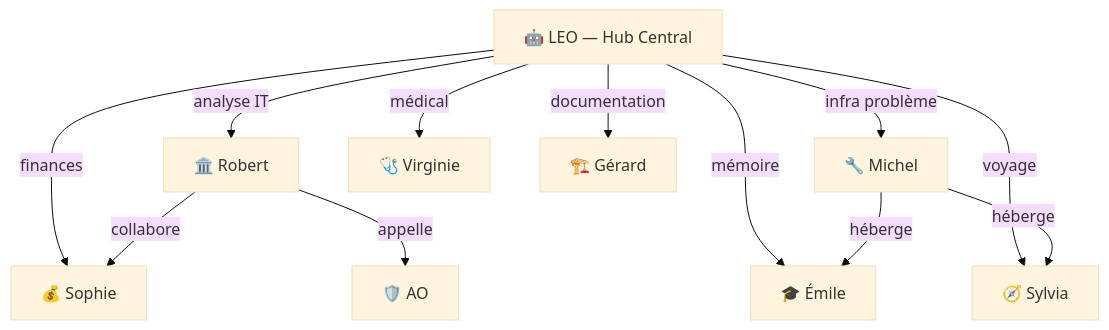
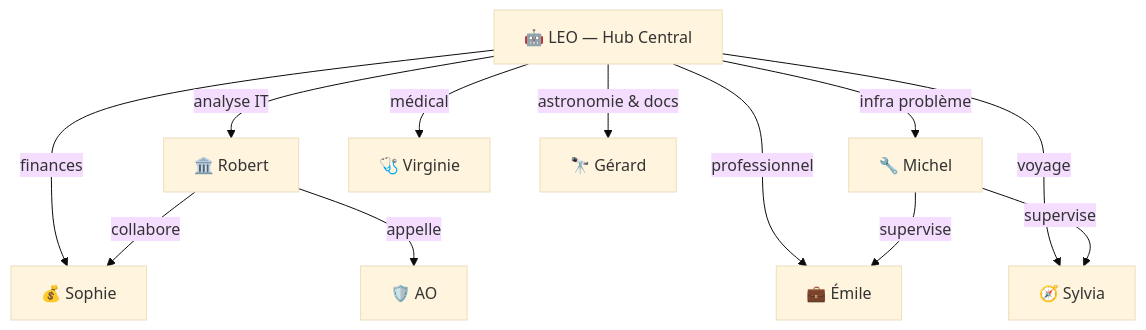
The diagram in docs/hermes/bureaux/ch15-bureau-leo.md (christophedanhier-hash/hermes-wiki), drawn with Mermaid (base theme) before and after one commit. The commit also changed other lines of this file and 29 other files, not shown here.

Commit message:
docs(hermes): correct emile and gerard scopes

````diff
--- a/docs/hermes/bureaux/ch15-bureau-leo.md
+++ b/docs/hermes/bureaux/ch15-bureau-leo.md
@@ -101,15 +103,15 @@
 ```mermaid
 flowchart TD
-    LEO[🤖 LEO — Hub Central] -->|analyse IT| ROBERT[🏛️ Robert]
-    LEO -->|infra problème| MICHEL[🔧 Michel]
-    LEO -->|voyage| SYLVIA[🧭 Sylvia]
-    LEO -->|mémoire| EMILE[🎓 Émile]
-    LEO -->|médical| VIRGINIE[🩺 Virginie]
-    LEO -->|documentation| GERARD[🏗️ Gérard]
-    LEO -->|finances| SOPHIE[💰 Sophie]
+    LEO["🤖 LEO — Hub Central"] -->|"analyse IT"| ROBERT["🏛️ Robert"]
+    LEO -->|"infra problème"| MICHEL["🔧 Michel"]
+    LEO -->|"voyage"| SYLVIA["🧭 Sylvia"]
+    LEO -->|"professionnel"| EMILE["💼 Émile"]
+    LEO -->|"médical"| VIRGINIE["🩺 Virginie"]
+    LEO -->|"astronomie & docs"| GERARD["🔭 Gérard"]
+    LEO -->|"finances"| SOPHIE["💰 Sophie"]
     
-    ROBERT -->|collabore| SOPHIE
-    ROBERT -->|appelle| AO[🛡️ AO]
-    MICHEL -->|héberge| EMILE
-    MICHEL -->|héberge| SYLVIA
+    ROBERT -->|"collabore"| SOPHIE
+    ROBERT -->|"appelle"| AO["🛡️ AO"]
+    MICHEL -->|"supervise"| EMILE
+    MICHEL -->|"supervise"| SYLVIA
 ```
````
